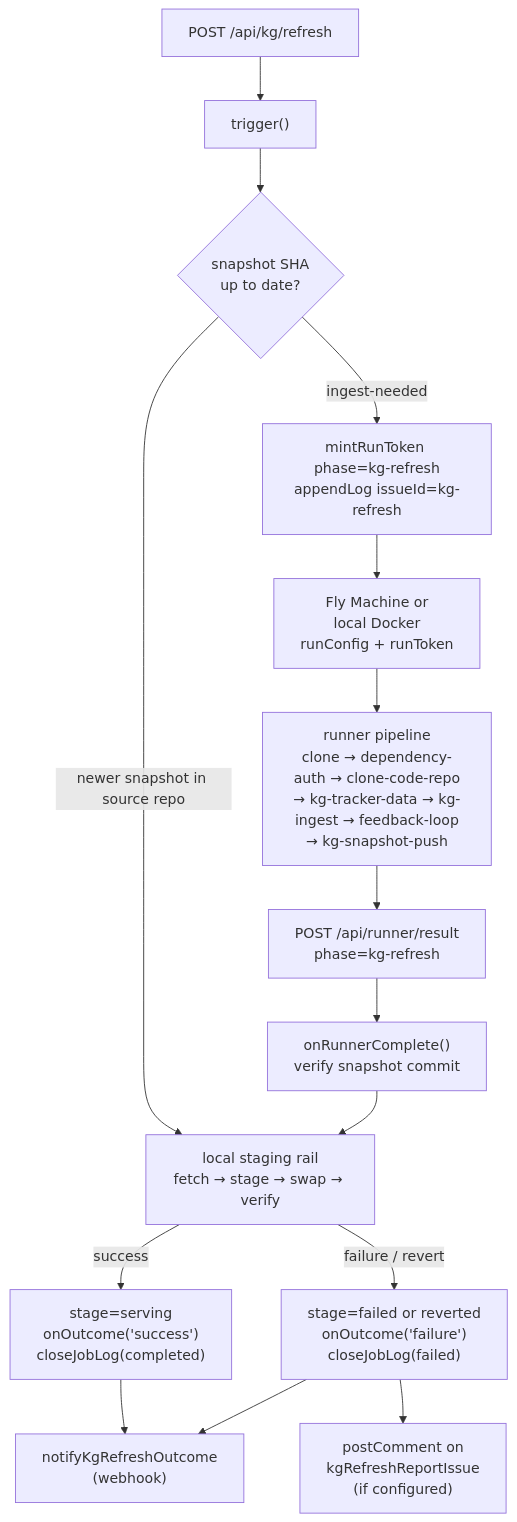
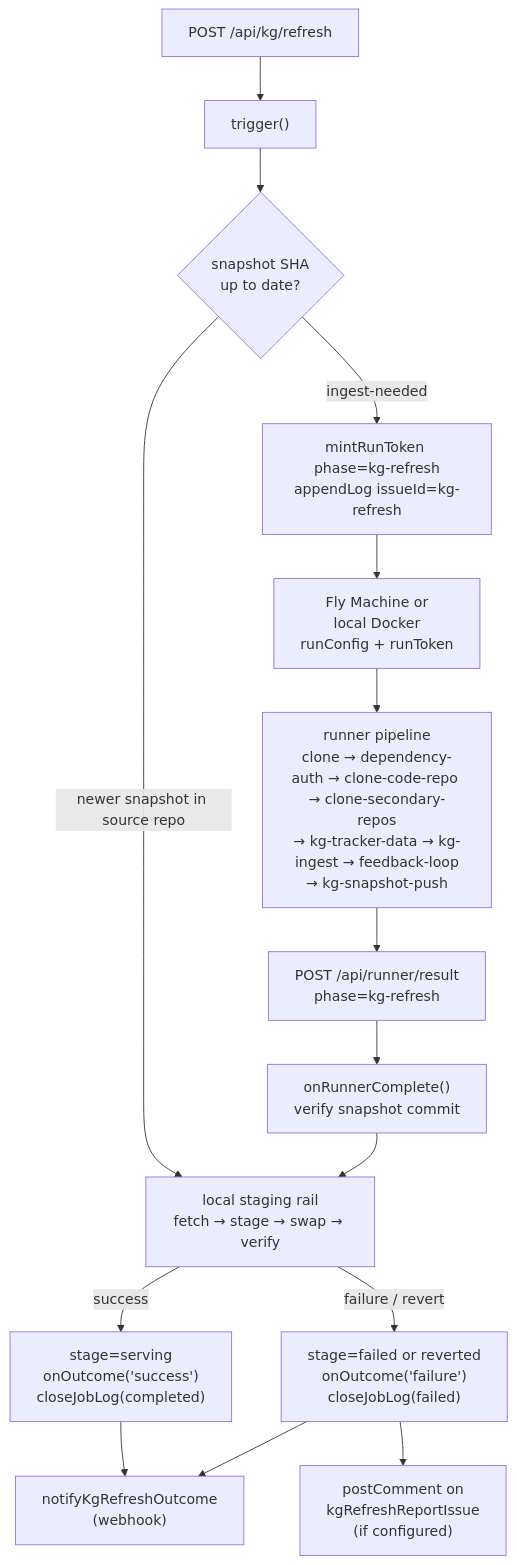
The diagram in docs/issueless-runs.md (BuildDownAI/AI-Implement), drawn with Mermaid before and after one commit. The commit also changed other lines of this file and 7 other files, not shown here.

Commit message:
AII-578: kg-refresh clones the secondary_repos from sources.yml with the same clone step and passes --repos-root to the

````diff
--- a/docs/issueless-runs.md
+++ b/docs/issueless-runs.md
@@ -25,17 +25,17 @@
 ```mermaid
 flowchart TD
     A["POST /api/kg/refresh"] --> B["trigger()"]
     B --> C{"snapshot SHA\nup to date?"}
     C -->|"newer snapshot in source repo"| H["local staging rail\nfetch → stage → swap → verify"]
     C -->|"ingest-needed"| D["mintRunToken phase=kg-refresh\nappendLog issueId=kg-refresh"]
     D --> E["Fly Machine or\nlocal Docker\nrunConfig + runToken"]
-    E --> F["runner pipeline\nclone → dependency-auth → clone-code-repo\n→ kg-tracker-data → kg-ingest → feedback-loop\n→ kg-snapshot-push"]
+    E --> F["runner pipeline\nclone → dependency-auth → clone-code-repo → clone-secondary-repos\n→ kg-tracker-data → kg-ingest → feedback-loop\n→ kg-snapshot-push"]
     F --> G["POST /api/runner/result\nphase=kg-refresh"]
     G --> I["onRunnerComplete()\nverify snapshot commit"]
     I --> H
     H -->|"success"| J["stage=serving\nonOutcome('success')\ncloseJobLog(completed)"]
     H -->|"failure / revert"| K["stage=failed or reverted\nonOutcome('failure')\ncloseJobLog(failed)"]
     J --> L["notifyKgRefreshOutcome\n(webhook)"]
     K --> L
     K --> M["postComment on\nkgRefreshReportIssue\n(if configured)"]
 ```
````
